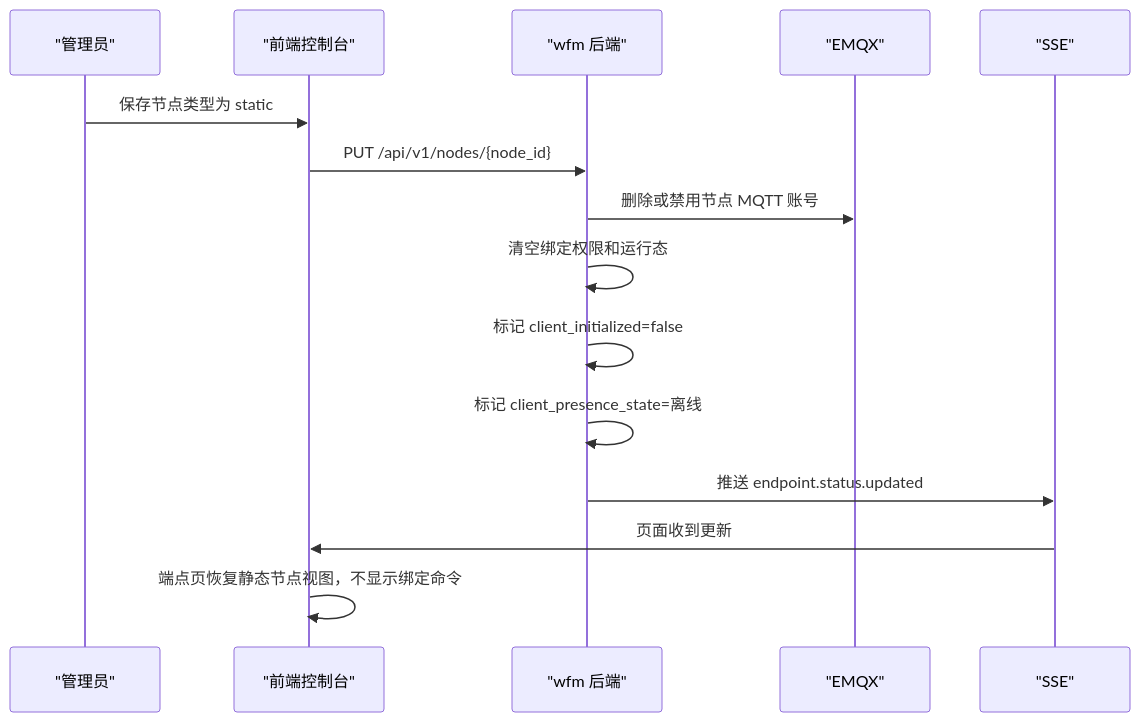
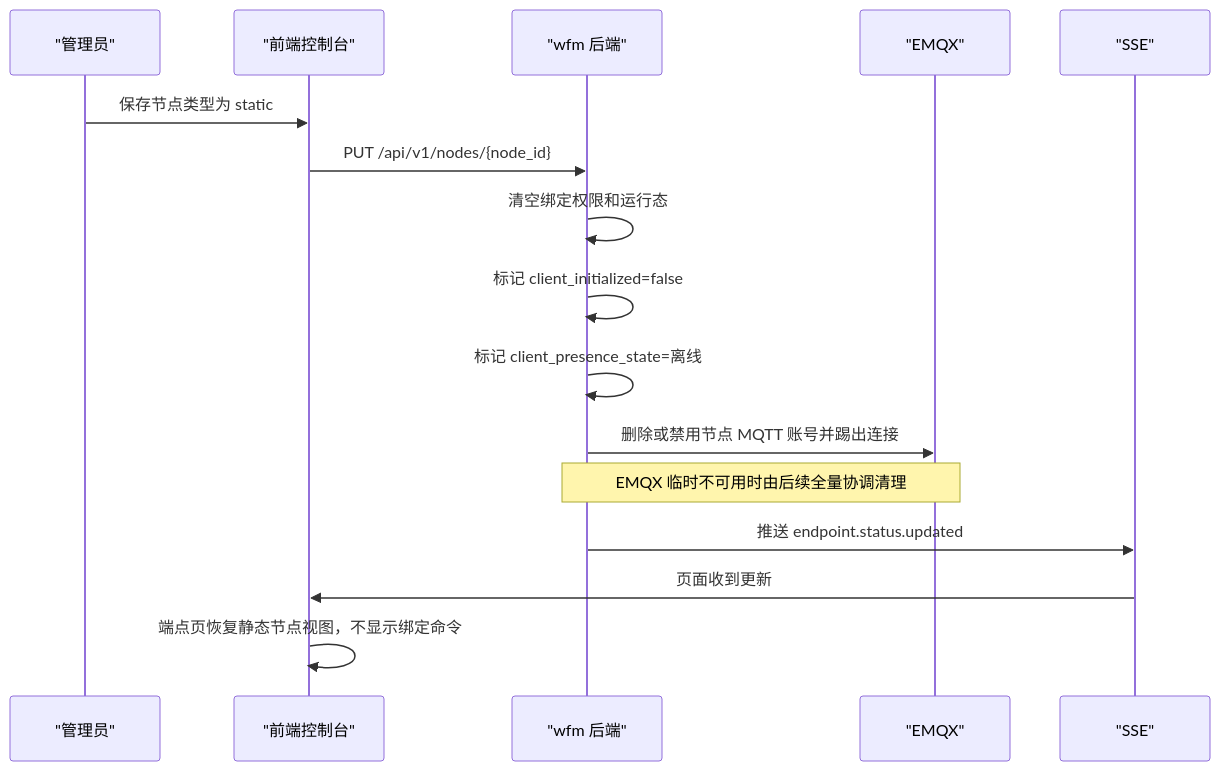
Before and after one commit to xinghenLuyus/wg-free-mesh: the sixth of 6 diagrams in docs/客户端接入时序设计.md, drawn with Mermaid. The commit also changed other lines of this file and 63 other files, not shown here.

````diff
--- a/docs/客户端接入时序设计.md
+++ b/docs/客户端接入时序设计.md
@@ -138,18 +137,19 @@
 ```mermaid
 sequenceDiagram
     participant U as "管理员"
     participant F as "前端控制台"
     participant B as "wfm 后端"
     participant E as "EMQX"
     participant S as "SSE"
 
     U->>F: 保存节点类型为 static
     F->>B: PUT /api/v1/nodes/{node_id}
-    B->>E: 删除或禁用节点 MQTT 账号
     B->>B: 清空绑定权限和运行态
     B->>B: 标记 client_initialized=false
     B->>B: 标记 client_presence_state=离线
+    B->>E: 删除或禁用节点 MQTT 账号并踢出连接
+    Note over B,E: EMQX 临时不可用时由后续全量协调清理
     B->>S: 推送 endpoint.status.updated
     S->>F: 页面收到更新
     F->>F: 端点页恢复静态节点视图，不显示绑定命令
 ```
````
